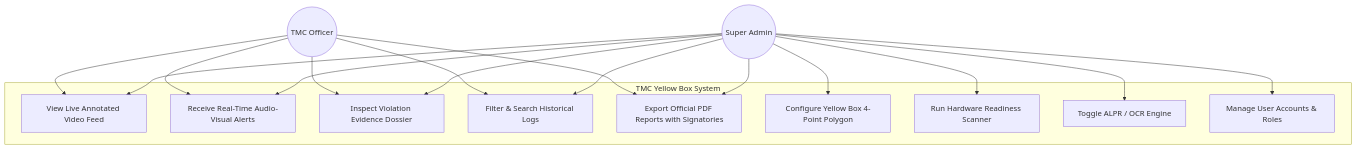
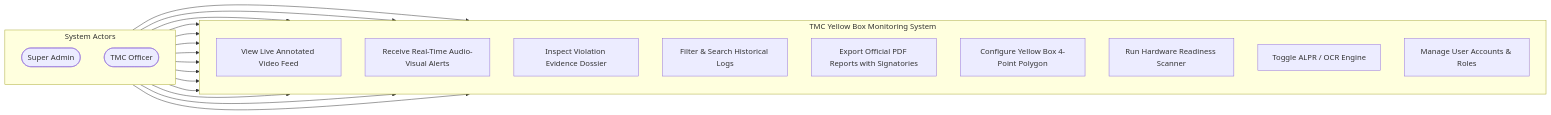
One commit to Chun-taro/AI-Powered-Yellow-Box-Zone-Violation-Monitoring-System changed the third of 6 diagrams in docs/Revised_Research_Paper.md. Above: the diagram before and after it, drawn with Mermaid. The commit also changed other lines of this file and 1 other file, not shown here.

Commit message:
Fix Mermaid diagram rendering errors in Revised Research Paper

````diff
--- a/docs/Revised_Research_Paper.md
+++ b/docs/Revised_Research_Paper.md
@@ -439,33 +446,37 @@
 ```mermaid
-graph TD
-    ActorAdmin(("Super Admin"))
-    ActorOfficer(("TMC Officer"))
+flowchart LR
+    subgraph Actors ["System Actors"]
+        direction TB
+        ActorAdmin(["Super Admin"])
+        ActorOfficer(["TMC Officer"])
+    end
 
-    subgraph TMC_System ["TMC Yellow Box System"]
+    subgraph TMC_System ["TMC Yellow Box Monitoring System"]
+        direction TB
         UC1["View Live Annotated Video Feed"]
         UC2["Receive Real-Time Audio-Visual Alerts"]
         UC3["Inspect Violation Evidence Dossier"]
         UC4["Filter & Search Historical Logs"]
         UC5["Export Official PDF Reports with Signatories"]
         UC6["Configure Yellow Box 4-Point Polygon"]
         UC7["Run Hardware Readiness Scanner"]
         UC8["Toggle ALPR / OCR Engine"]
         UC9["Manage User Accounts & Roles"]
     end
 
     ActorOfficer --> UC1
     ActorOfficer --> UC2
     ActorOfficer --> UC3
     ActorOfficer --> UC4
     ActorOfficer --> UC5
 
     ActorAdmin --> UC1
     ActorAdmin --> UC2
     ActorAdmin --> UC3
     ActorAdmin --> UC4
     ActorAdmin --> UC5
     ActorAdmin --> UC6
     ActorAdmin --> UC7
     ActorAdmin --> UC8
     ActorAdmin --> UC9
 ```
````
